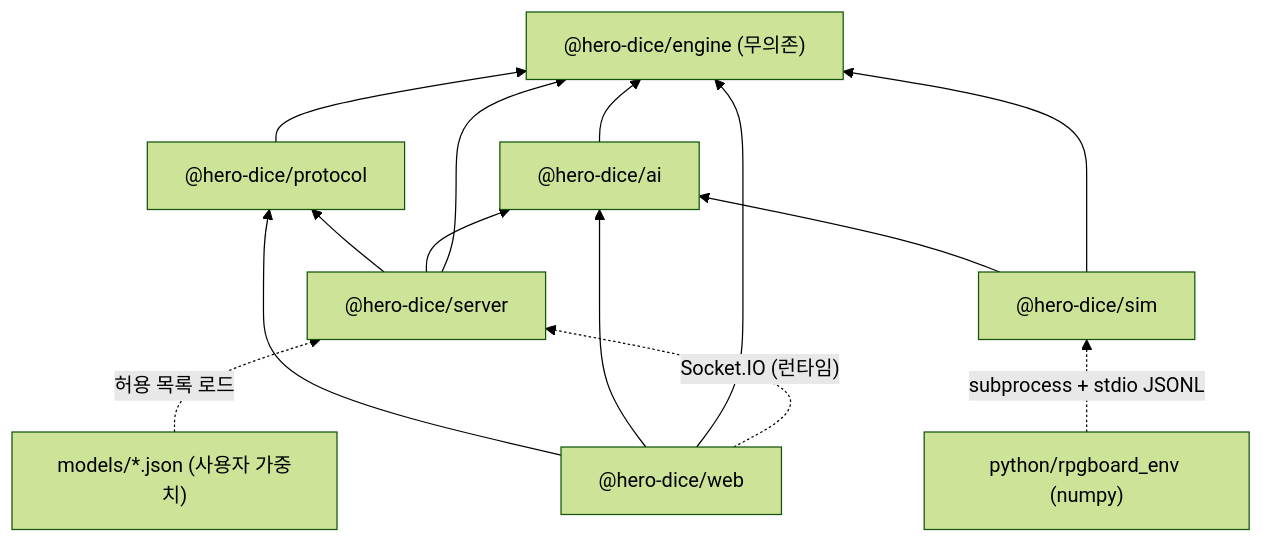
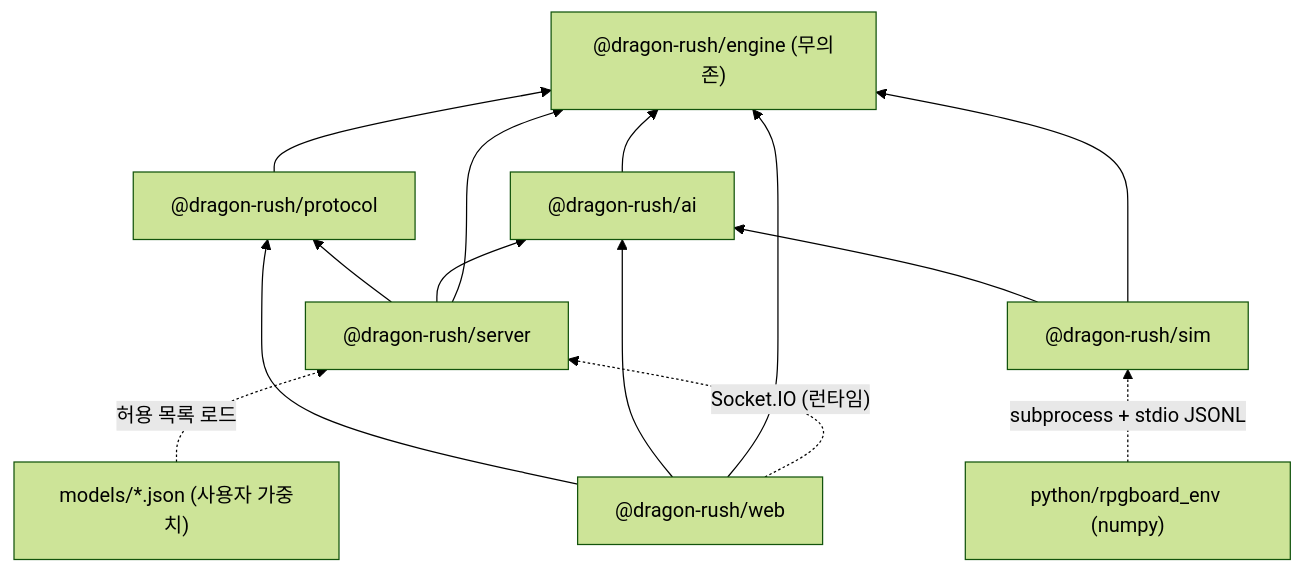
One commit to KR-penguin/Dragon-Rush changed the first of 3 diagrams in docs/architecture.md. Above: the diagram before and after it, drawn with Mermaid (forest theme). The commit also changed other lines of this file and 99 other files, not shown here.

First line of the commit message:
chore: rename the game to Dragon Rush

````diff
--- a/docs/architecture.md
+++ b/docs/architecture.md
@@ -30,12 +30,12 @@
 ```mermaid
 flowchart BT
-  engine["@hero-dice/engine (무의존)"]
-  protocol["@hero-dice/protocol"] --> engine
-  ai["@hero-dice/ai"] --> engine
-  sim["@hero-dice/sim"] --> ai & engine
-  server["@hero-dice/server"] --> protocol & ai & engine
-  web["@hero-dice/web"] --> protocol & ai & engine
+  engine["@dragon-rush/engine (무의존)"]
+  protocol["@dragon-rush/protocol"] --> engine
+  ai["@dragon-rush/ai"] --> engine
+  sim["@dragon-rush/sim"] --> ai & engine
+  server["@dragon-rush/server"] --> protocol & ai & engine
+  web["@dragon-rush/web"] --> protocol & ai & engine
   web -.->|"Socket.IO (런타임)"| server
   py["python/rpgboard_env (numpy)"] -.->|"subprocess + stdio JSONL"| sim
   models["models/*.json (사용자 가중치)"] -.->|"허용 목록 로드"| server
 ```
````
